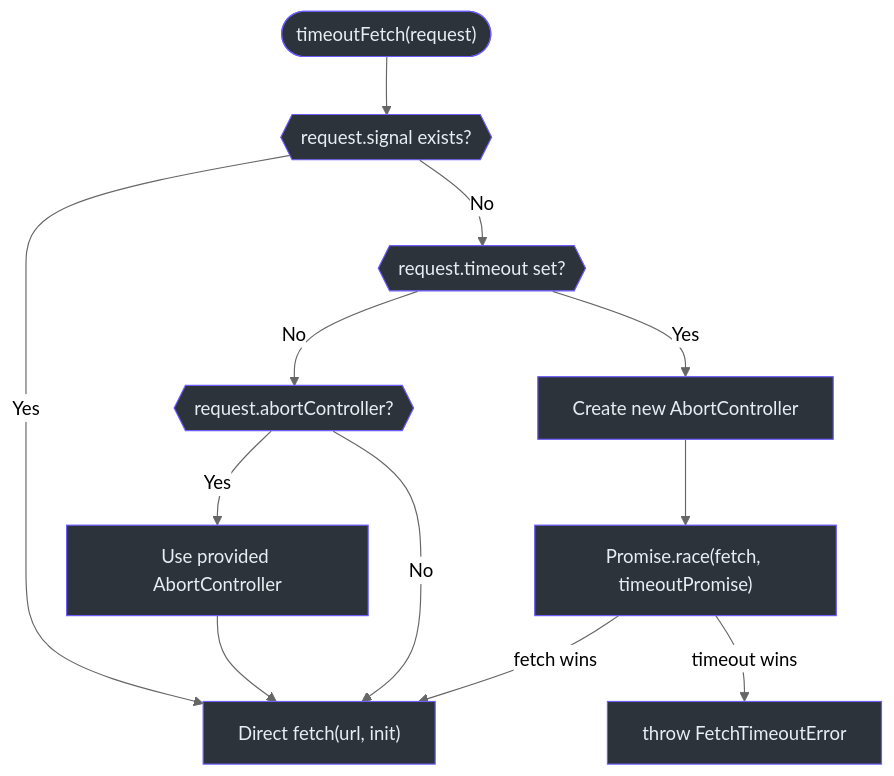
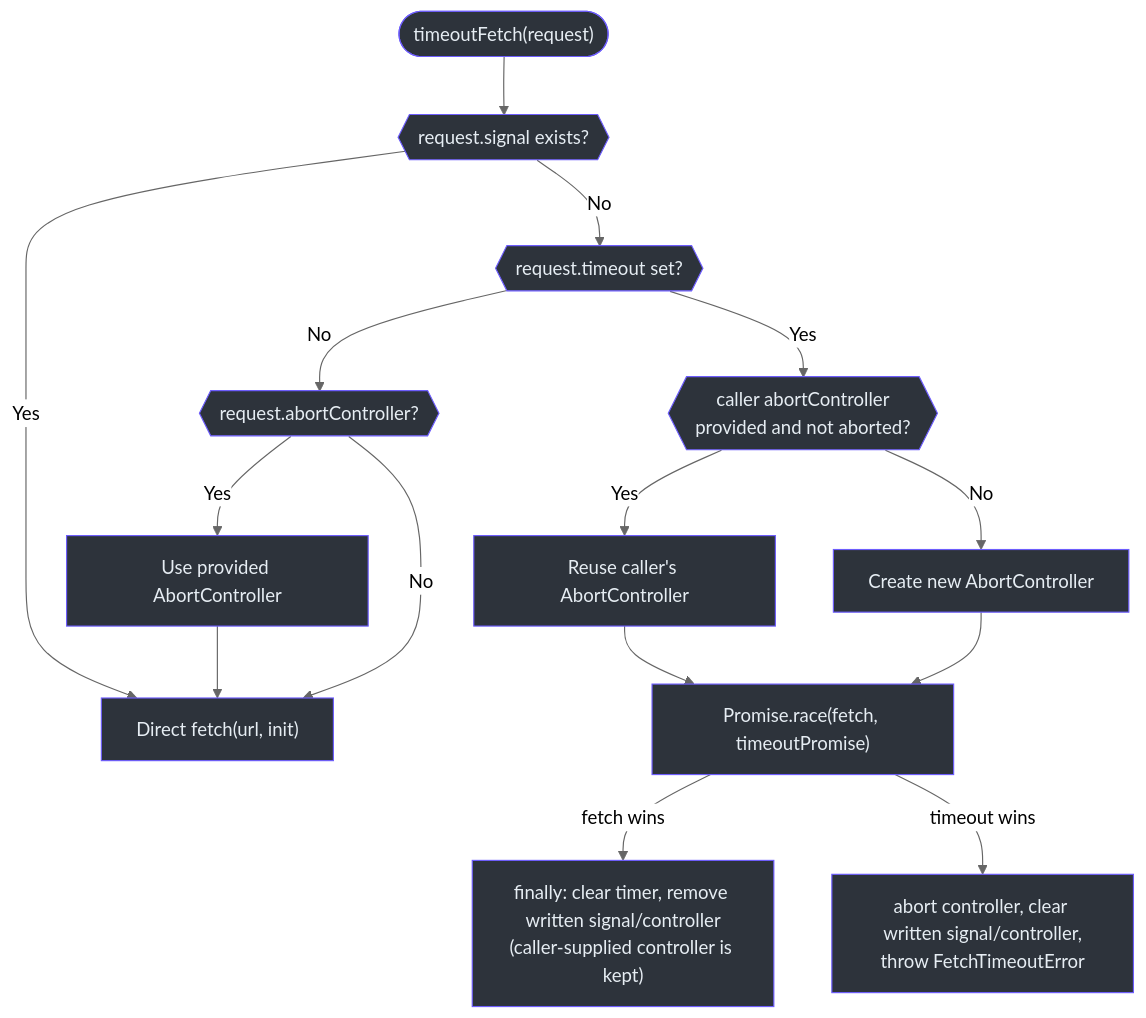
Before and after one commit to Ahoo-Wang/fetcher: the fifth of 6 diagrams in wiki/architecture/fetcher-core.md, drawn with Mermaid (neutral theme). The commit also changed other lines of this file and 36 other files, not shown here.

````diff
--- a/wiki/architecture/fetcher-core.md
+++ b/wiki/architecture/fetcher-core.md
@@ -376,32 +377,40 @@
 ```mermaid
 flowchart TD
   Entry(["timeoutFetch(request)"])
   HasSignal{{"request.signal exists?"}}
   DirectFetch["Direct fetch(url, init)"]
   HasTimeout{{"request.timeout set?"}}
   HasAC{{"request.abortController?"}}
   UseAC["Use provided AbortController"]
+  ReuseAC{{"caller abortController<br>provided and not aborted?"}}
+  Reuse["Reuse caller's AbortController"]
   NewAC["Create new AbortController"]
   Race["Promise.race(fetch, timeoutPromise)"]
-  TimeoutErr["throw FetchTimeoutError"]
+  Cleanup["finally: clear timer, remove written signal/controller<br>(caller-supplied controller is kept)"]
+  TimeoutErr["abort controller, clear written signal/controller,<br>throw FetchTimeoutError"]
 
   Entry --> HasSignal
   HasSignal -->|Yes| DirectFetch
   HasSignal -->|No| HasTimeout
   HasTimeout -->|No| HasAC
   HasAC -->|Yes| UseAC --> DirectFetch
   HasAC -->|No| DirectFetch
-  HasTimeout -->|Yes| NewAC --> Race
-  Race -->|fetch wins| DirectFetch
+  HasTimeout -->|Yes| ReuseAC
+  ReuseAC -->|Yes| Reuse --> Race
+  ReuseAC -->|No| NewAC --> Race
+  Race -->|fetch wins| Cleanup
   Race -->|timeout wins| TimeoutErr
 
   style Entry fill:#2d333b,stroke:#6d5dfc,color:#e6edf3
   style HasSignal fill:#2d333b,stroke:#6d5dfc,color:#e6edf3
   style DirectFetch fill:#2d333b,stroke:#6d5dfc,color:#e6edf3
   style HasTimeout fill:#2d333b,stroke:#6d5dfc,color:#e6edf3
   style HasAC fill:#2d333b,stroke:#6d5dfc,color:#e6edf3
   style UseAC fill:#2d333b,stroke:#6d5dfc,color:#e6edf3
+  style ReuseAC fill:#2d333b,stroke:#6d5dfc,color:#e6edf3
+  style Reuse fill:#2d333b,stroke:#6d5dfc,color:#e6edf3
   style NewAC fill:#2d333b,stroke:#6d5dfc,color:#e6edf3
   style Race fill:#2d333b,stroke:#6d5dfc,color:#e6edf3
+  style Cleanup fill:#2d333b,stroke:#6d5dfc,color:#e6edf3
   style TimeoutErr fill:#2d333b,stroke:#6d5dfc,color:#e6edf3
 ```
````
